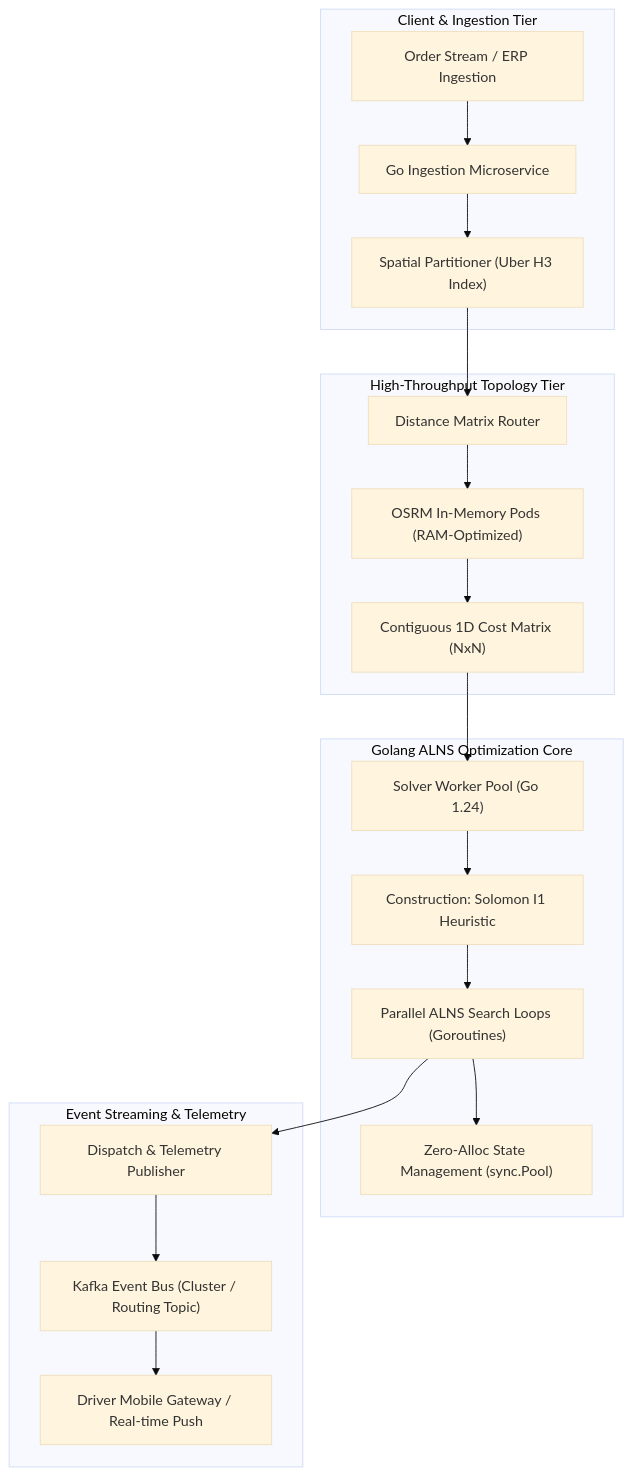
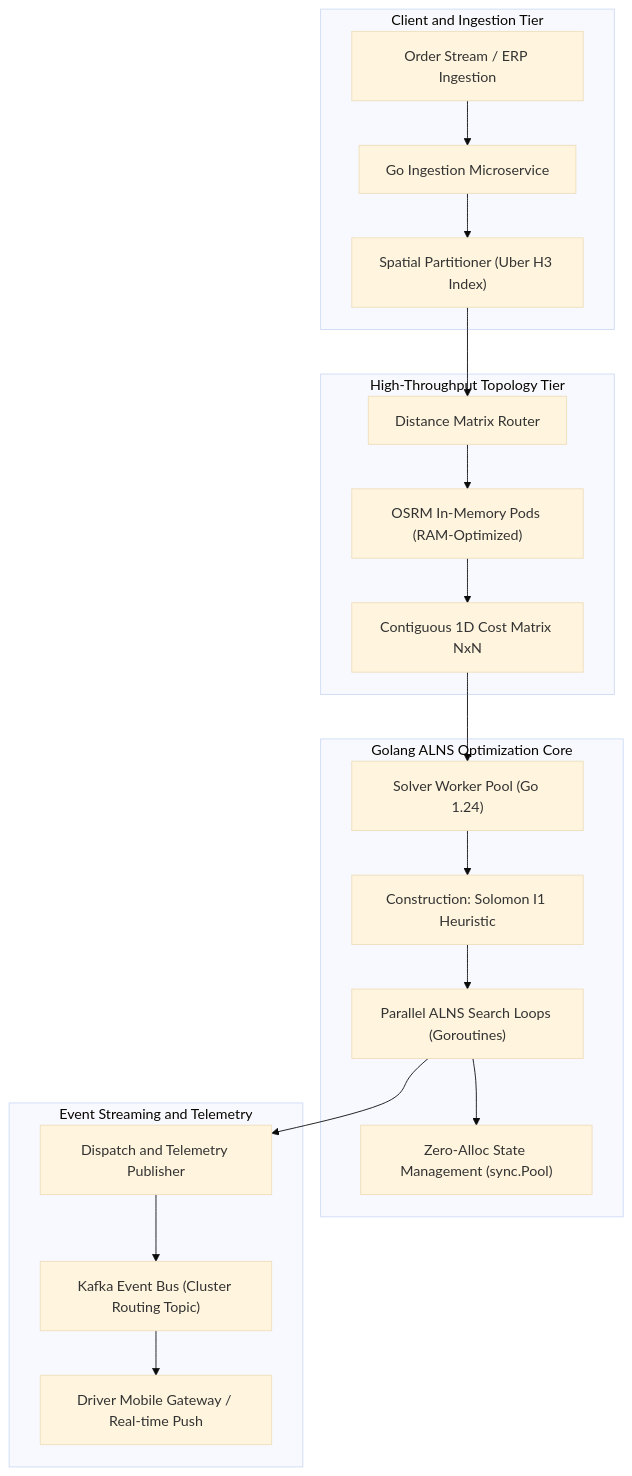
Before and after one commit to vesviet/vesviet: the third of 6 diagrams in content/posts/cvrp-vrptw-alns-fleet-optimization-golang-architecture.md, drawn with Mermaid (base theme). The commit also changed other lines of this file, not shown here.

First line of the commit message:
fix(diagrams): sanitize mermaid diagrams for version 10.9.3 compatibility

````diff
--- a/content/posts/cvrp-vrptw-alns-fleet-optimization-golang-architecture.md
+++ b/content/posts/cvrp-vrptw-alns-fleet-optimization-golang-architecture.md
@@ -141,26 +141,26 @@
 ```mermaid
 flowchart TD
-    subgraph ClientLayer ["Client & Ingestion Tier"]
+    subgraph ClientLayer ["Client and Ingestion Tier"]
         OrderStream["Order Stream / ERP Ingestion"] --> IngestionSvc["Go Ingestion Microservice"]
         IngestionSvc --> H3Partition["Spatial Partitioner (Uber H3 Index)"]
     end
 
     subgraph MatrixLayer ["High-Throughput Topology Tier"]
         H3Partition --> MatrixRouter["Distance Matrix Router"]
         MatrixRouter --> OSRMCluster["OSRM In-Memory Pods (RAM-Optimized)"]
-        OSRMCluster --> FlatMatrix["Contiguous 1D Cost Matrix (NxN)"]
+        OSRMCluster --> FlatMatrix["Contiguous 1D Cost Matrix NxN"]
     end
 
     subgraph SolverLayer ["Golang ALNS Optimization Core"]
         FlatMatrix --> SolverGateway["Solver Worker Pool (Go 1.24)"]
         SolverGateway --> SolomonInit["Construction: Solomon I1 Heuristic"]
         SolomonInit --> ALNSLoop["Parallel ALNS Search Loops (Goroutines)"]
         ALNSLoop --> MemPool["Zero-Alloc State Management (sync.Pool)"]
     end
 
-    subgraph DispatchLayer ["Event Streaming & Telemetry"]
-        ALNSLoop --> DispatchSvc["Dispatch & Telemetry Publisher"]
-        DispatchSvc --> KafkaBus["Kafka Event Bus (Cluster / Routing Topic)"]
+    subgraph DispatchLayer ["Event Streaming and Telemetry"]
+        ALNSLoop --> DispatchSvc["Dispatch and Telemetry Publisher"]
+        DispatchSvc --> KafkaBus["Kafka Event Bus (Cluster Routing Topic)"]
         KafkaBus --> DriverApp["Driver Mobile Gateway / Real-time Push"]
     end
 ```
````
